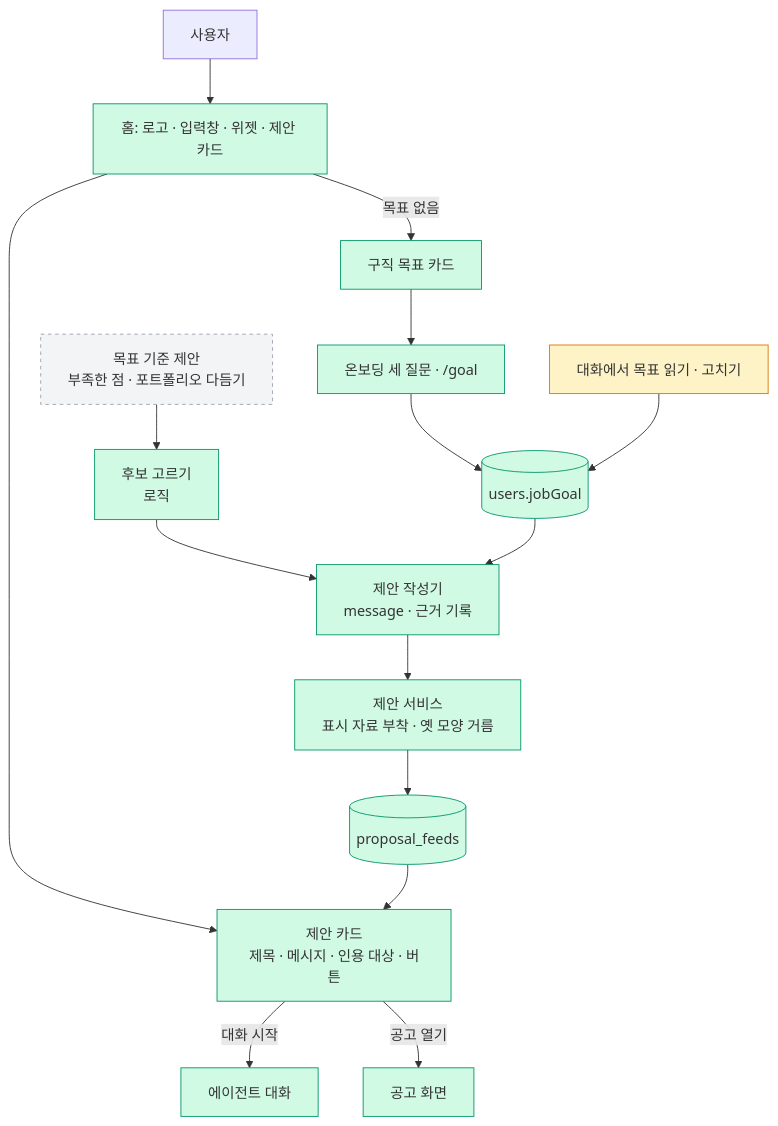
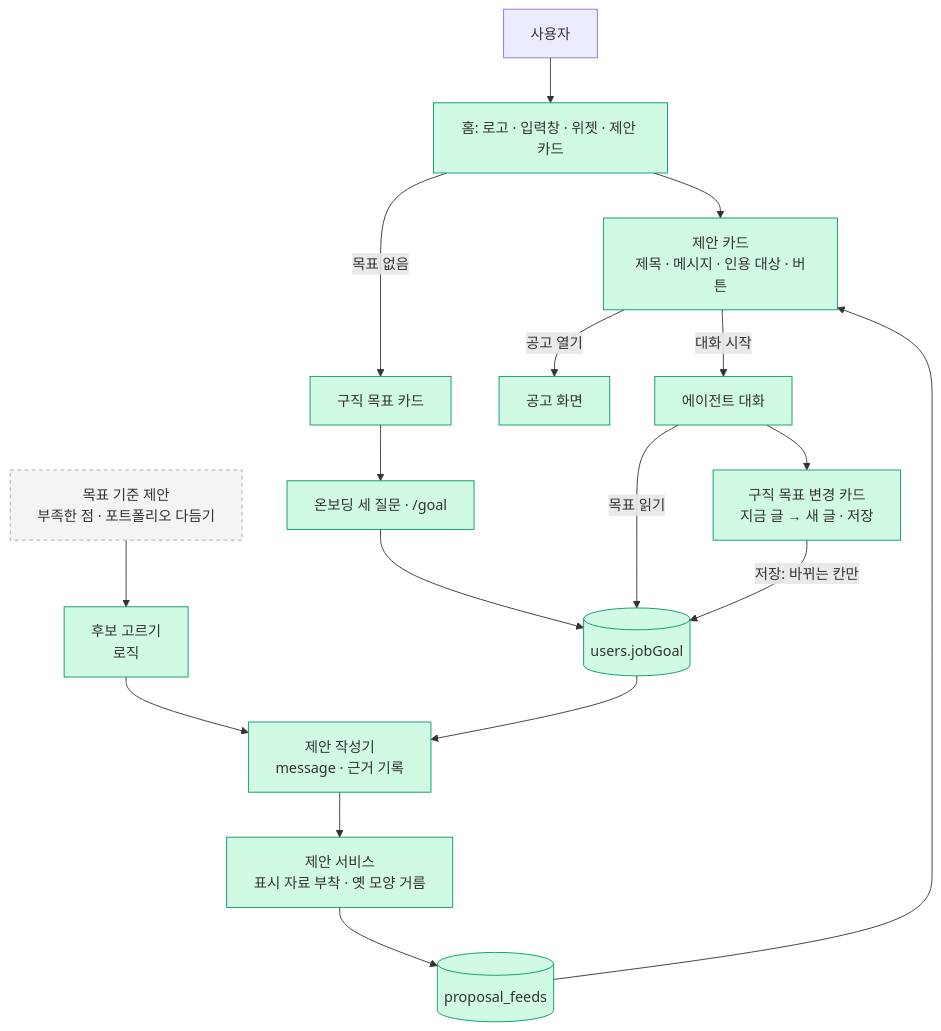
Before and after one commit to Expresso-Organization/expresso: the diagram in .sitrep/sessions/20261115-1330-agent-home/arch.mmd, drawn with Mermaid. The commit also changed 19 other files, not shown here.

```diff
--- a/.sitrep/sessions/20261115-1330-agent-home/arch.mmd
+++ b/.sitrep/sessions/20261115-1330-agent-home/arch.mmd
@@ -1,22 +1,23 @@
 flowchart TD
   U[사용자] --> HOME[홈: 로고 · 입력창 · 위젯 · 제안 카드]
   HOME --> CARD[제안 카드<br/>제목 · 메시지 · 인용 대상 · 버튼]
   CARD -->|대화 시작| CHAT[에이전트 대화]
   CARD -->|공고 열기| JOB[공고 화면]
   FEED[(proposal_feeds)] --> CARD
   WRITER[제안 작성기<br/>message · 근거 기록] --> SVC[제안 서비스<br/>표시 자료 부착 · 옛 모양 거름]
   CAND[후보 고르기<br/>로직] --> WRITER
   SVC --> FEED
   ON[온보딩 세 질문 · /goal] --> MEM[(users.jobGoal)]
   MEM --> WRITER
   HOME -->|목표 없음| GCARD[구직 목표 카드]
   GCARD --> ON
-  CHATGOAL[대화에서 목표 읽기 · 고치기] --> MEM
+  CHAT -->|목표 읽기| MEM
+  CHAT --> GDRAFT[구직 목표 변경 카드<br/>지금 글 → 새 글 · 저장]
+  GDRAFT -->|저장: 바뀌는 칸만| MEM
   JUDGE[목표 기준 제안<br/>부족한 점 · 포트폴리오 다듬기] --> CAND
   classDef done fill:#d1fae5,stroke:#059669
   classDef doing fill:#fef3c7,stroke:#d97706
   classDef decide fill:#fee2e2,stroke:#dc2626
   classDef todo fill:#f3f4f6,stroke:#9ca3af,stroke-dasharray:4
-  class HOME,CARD,CHAT,JOB,FEED,WRITER,SVC,CAND,ON,MEM,GCARD done
-  class CHATGOAL doing
+  class HOME,CARD,CHAT,JOB,FEED,WRITER,SVC,CAND,ON,MEM,GCARD,GDRAFT done
   class JUDGE todo
```
